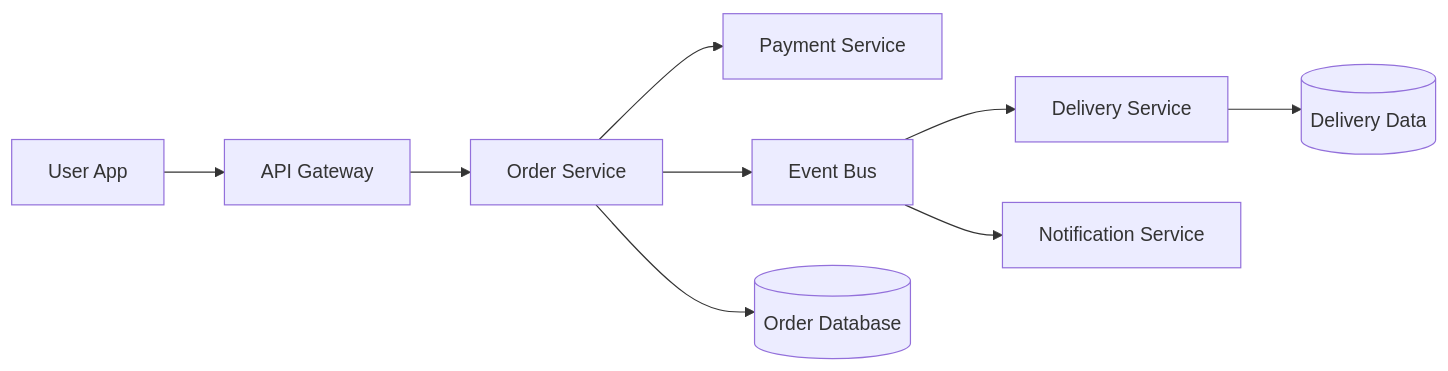
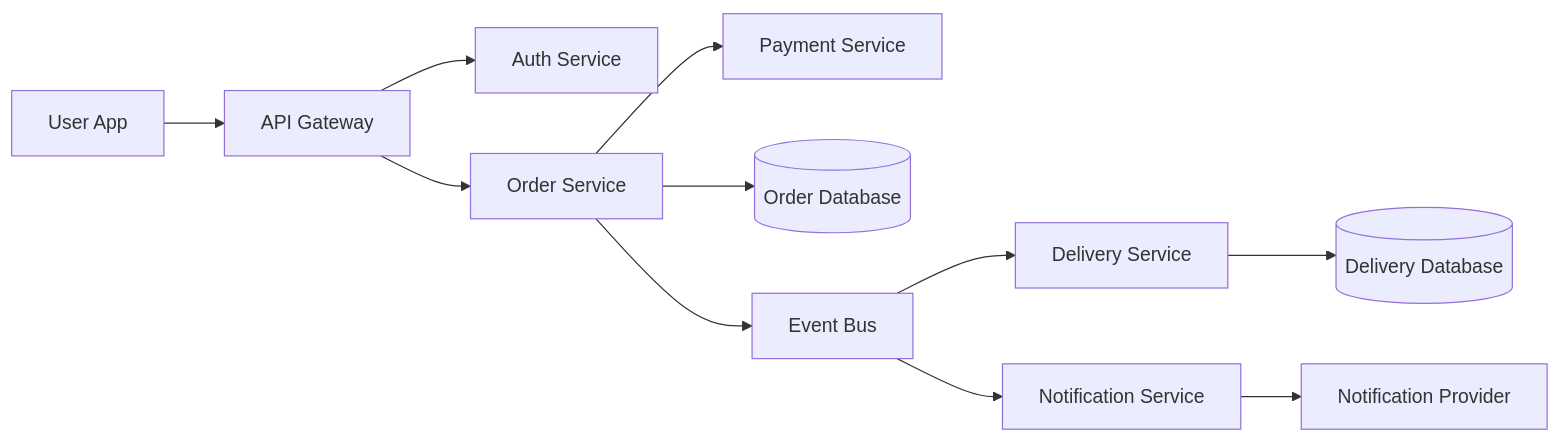
The second of 3 diagrams in systemdesign/15. End-to-End System Design Walkthrough/Concept.md (dbajajmnk/systemdesign), drawn with Mermaid before and after one commit. The commit also changed other lines of this file, not shown here.

````diff
--- a/systemdesign/15. End-to-End System Design Walkthrough/Concept.md
+++ b/systemdesign/15. End-to-End System Design Walkthrough/Concept.md
@@ -567,11 +817,13 @@
-```mermaid id="zj7ylk"
+```mermaid
 flowchart LR
     U[User App] --> G[API Gateway]
+    G --> A[Auth Service]
     G --> O[Order Service]
     O --> P[Payment Service]
+    O --> DB[(Order Database)]
     O --> E[Event Bus]
     E --> D[Delivery Service]
     E --> N[Notification Service]
-    O --> DB[(Order Database)]
-    D --> DB2[(Delivery Data)]
+    D --> DD[(Delivery Database)]
+    N --> NS[Notification Provider]
 ```
````
